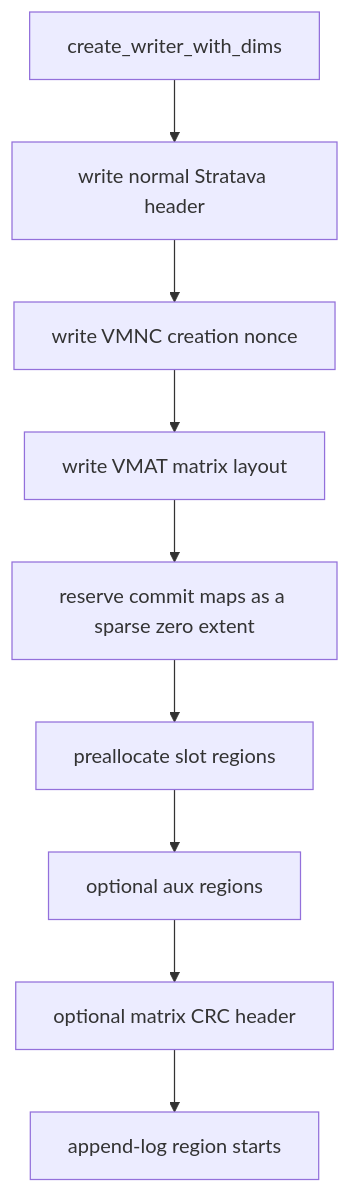
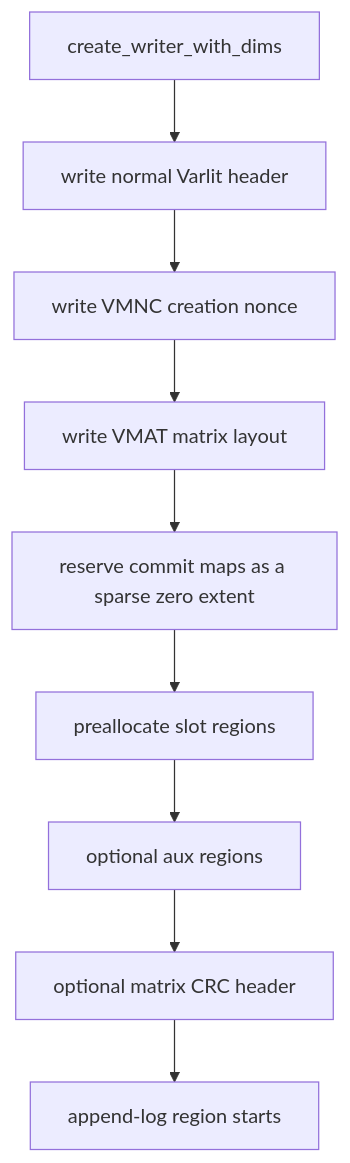
Before and after one commit to shim9610/varlit: the sixth of 8 diagrams in docs/how-it-works.md, drawn with Mermaid. The commit also changed other lines of this file and 689 other files, not shown here.

````diff
--- a/docs/how-it-works.md
+++ b/docs/how-it-works.md
@@ -295,11 +295,11 @@
 ```mermaid
 flowchart TD
-    A["create_writer_with_dims"] --> B["write normal Stratava header"]
+    A["create_writer_with_dims"] --> B["write normal Varlit header"]
     B --> B2["write VMNC creation nonce"]
     B2 --> C["write VMAT matrix layout"]
     C --> D["reserve commit maps as a sparse zero extent"]
     D --> E["preallocate slot regions"]
     E --> F["optional aux regions"]
     F --> G["optional matrix CRC header"]
     G --> H["append-log region starts"]
 ```
````
